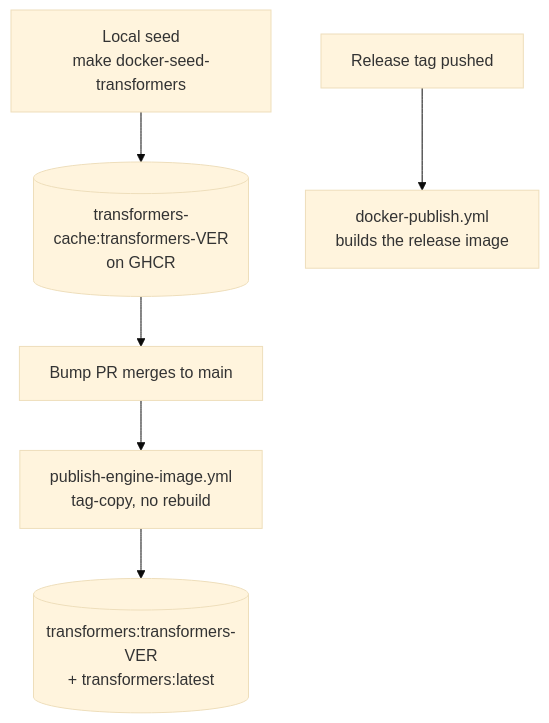
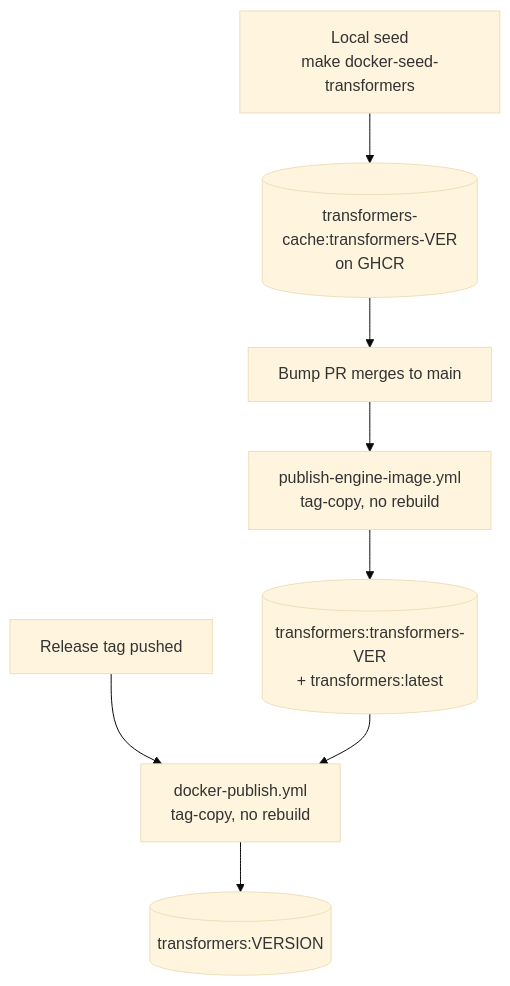
The first of 2 diagrams in docs/explanation/architecture/pipeline-architecture.md (henrycgbaker/LLenergyMeasure), drawn with Mermaid (base theme) before and after one commit. The commit also changed other lines of this file and 6 other files, not shown here.

First line of the commit message:
fix(ci): make release image publish a registry-side tag-copy (#798)

````diff
--- a/docs/explanation/architecture/pipeline-architecture.md
+++ b/docs/explanation/architecture/pipeline-architecture.md
@@ -23,14 +23,16 @@
 ```mermaid
 flowchart TD
     seed[Local seed<br/>make docker-seed-transformers]
     cache[(transformers-cache:transformers-VER<br/>on GHCR)]
     merge[Bump PR merges to main]
     promote[publish-engine-image.yml<br/>tag-copy, no rebuild]
     prod[(transformers:transformers-VER<br/>+ transformers:latest)]
     release[Release tag pushed]
-    relbuild[docker-publish.yml<br/>builds the release image]
+    relcopy[docker-publish.yml<br/>tag-copy, no rebuild]
+    relimg[(transformers:VERSION)]
 
     seed --> cache
     cache --> merge --> promote --> prod
-    release --> relbuild
+    release --> relcopy
+    prod --> relcopy --> relimg
 ```
````
